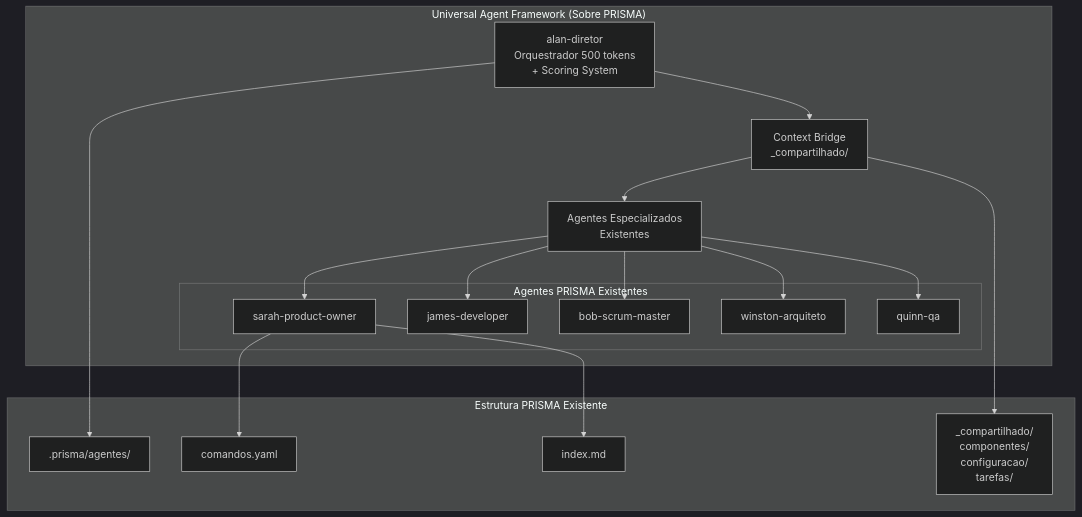
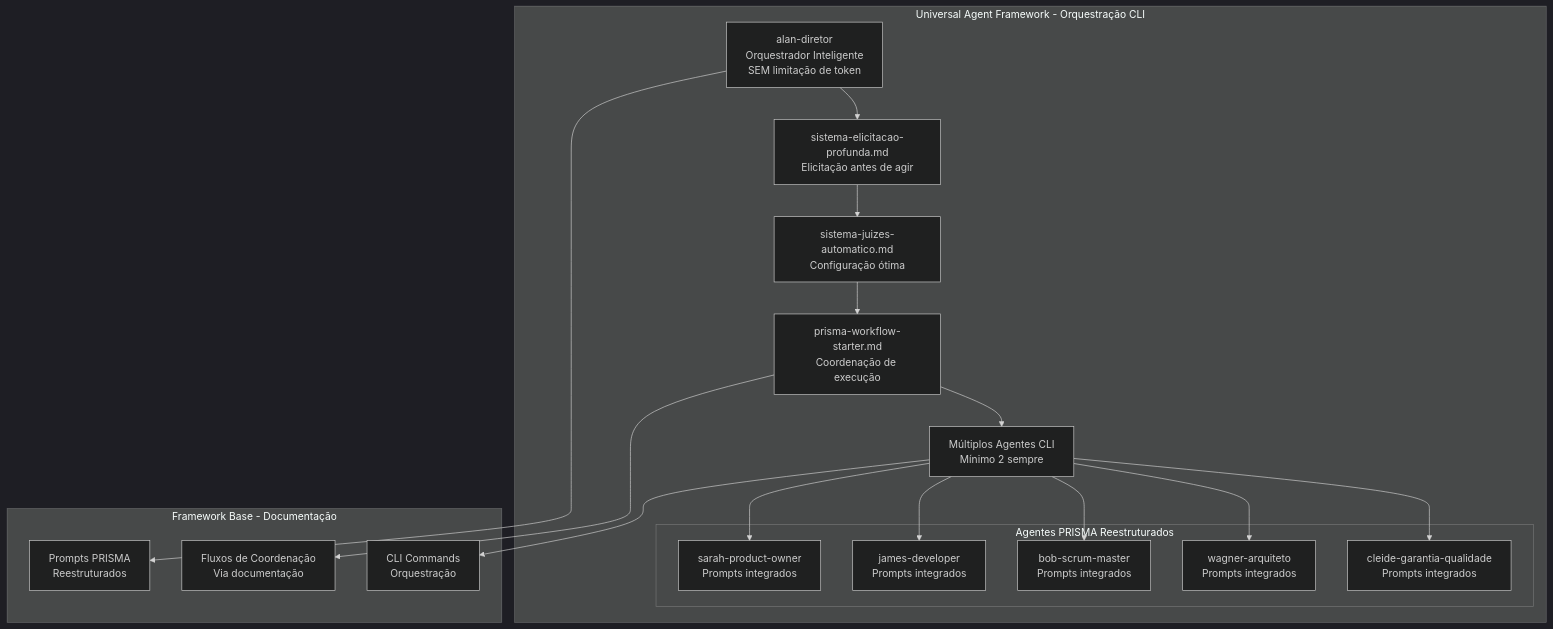
The first of 6 diagrams in .claude/specs/universal-agent-framework/design.md (matheusmaiberg/prisma), drawn with Mermaid (dark theme) before and after one commit. The commit also changed other lines of this file and 8 other files, not shown here.

First line of the commit message:
feat: corrigir design Universal Agent Framework - orquestração CLI

````diff
--- a/.claude/specs/universal-agent-framework/design.md
+++ b/.claude/specs/universal-agent-framework/design.md
@@ -20,33 +20,33 @@
 ```mermaid
 graph TB
-    subgraph "Universal Agent Framework (Sobre PRISMA)"
-        A[alan-diretor<br/>Orquestrador 500 tokens<br/>+ Scoring System] --> B[Context Bridge<br/>_compartilhado/]
-        B --> C[Agentes Especializados<br/>Existentes]
+    subgraph "Universal Agent Framework - Orquestração CLI"
+        A[alan-diretor<br/>Orquestrador Inteligente<br/>SEM limitação de token] --> B[sistema-elicitacao-profunda.md<br/>Elicitação antes de agir]
+        B --> C[sistema-juizes-automatico.md<br/>Configuração ótima]
+        C --> D[prisma-workflow-starter.md<br/>Coordenação de execução]
+        D --> E[Múltiplos Agentes CLI<br/>Mínimo 2 sempre]
 
-        subgraph "Agentes PRISMA Existentes"
-            C1[sarah-product-owner]
-            C2[james-developer]
-            C3[bob-scrum-master]
-            C4[winston-arquiteto]
-            C5[quinn-qa]
+        subgraph "Agentes PRISMA Reestruturados"
+            E1[sarah-product-owner<br/>Prompts integrados]
+            E2[james-developer<br/>Prompts integrados]
+            E3[bob-scrum-master<br/>Prompts integrados]
+            E4[wagner-arquiteto<br/>Prompts integrados]
+            E5[cleide-garantia-qualidade<br/>Prompts integrados]
         end
 
-        C --> C1
-        C --> C2
-        C --> C3
-        C --> C4
-        C --> C5
+        E --> E1
+        E --> E2
+        E --> E3
+        E --> E4
+        E --> E5
     end
 
-    subgraph "Estrutura PRISMA Existente"
-        D[.prisma/agentes/]
-        E[comandos.yaml]
-        F[index.md]
-        G[_compartilhado/<br/>componentes/<br/>configuracao/<br/>tarefas/]
+    subgraph "Framework Base - Documentação"
+        F[Prompts PRISMA<br/>Reestruturados]
+        G[Fluxos de Coordenação<br/>Via documentação]
+        H[CLI Commands<br/>Orquestração]
     end
 
-    A --> D
-    B --> G
-    C1 --> E
-    C1 --> F
+    A --> F
+    D --> G
+    E --> H
 ```
````
